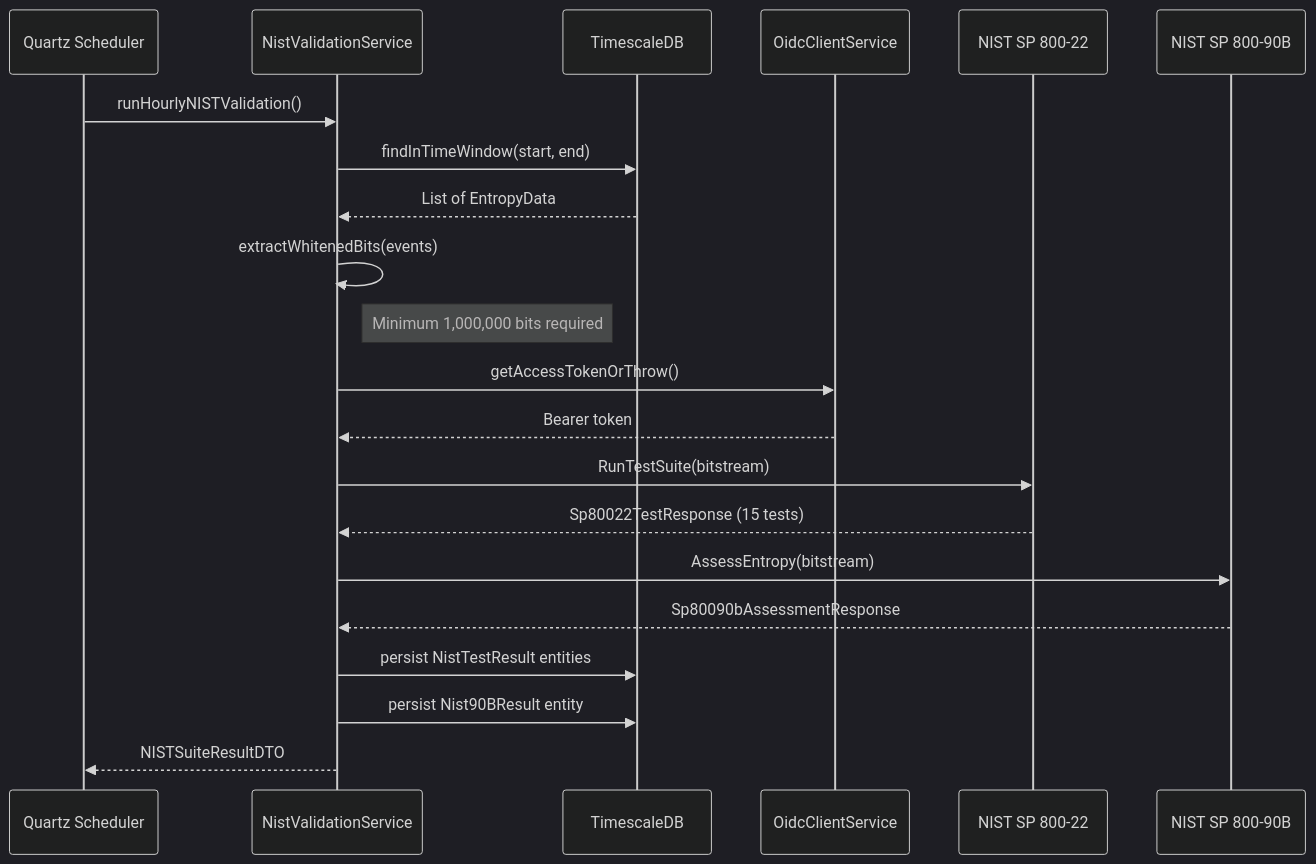
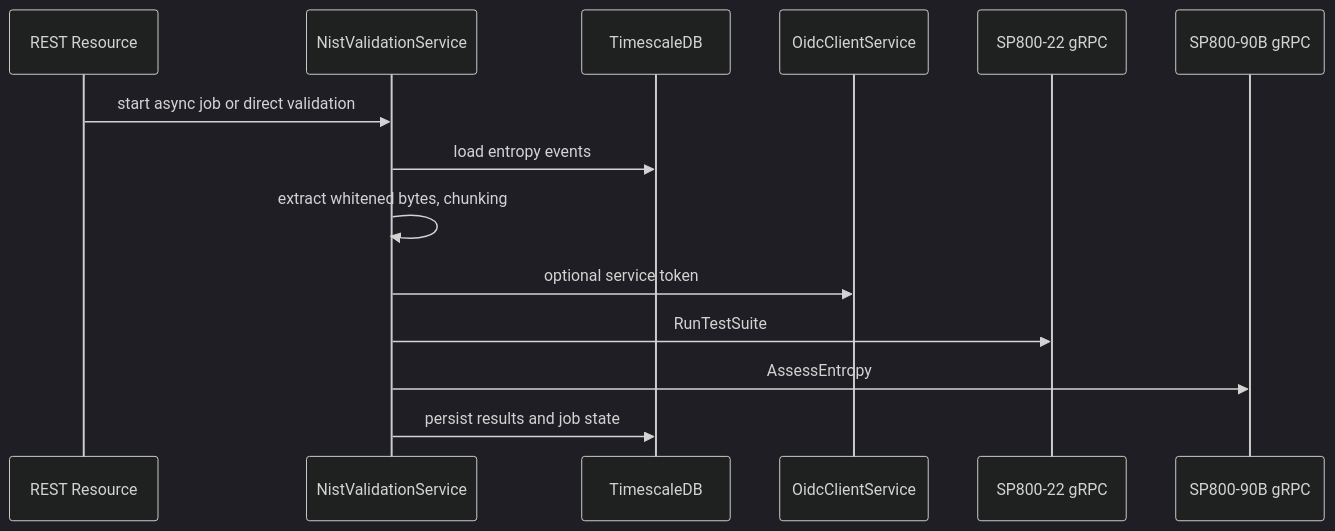
One commit to AmmannChristian/entropy-processor changed the third of 3 diagrams in docs/architecture.md. Above: the diagram before and after it, drawn with Mermaid (dark theme). The commit also changed other lines of this file and 47 other files, not shown here.

First line of the commit message:
Add unit tests for `ComparisonResource` and `EntropyComparisonService`

````diff
--- a/docs/architecture.md
+++ b/docs/architecture.md
@@ -302,30 +89,17 @@
 ```mermaid
 sequenceDiagram
-    participant CRON as Quartz Scheduler
+    participant API as REST Resource
     participant NVS as NistValidationService
     participant DB as TimescaleDB
-    participant OCS as OidcClientService
-    participant N22 as NIST SP 800-22
-    participant N90 as NIST SP 800-90B
+    participant OIDC as OidcClientService
+    participant S22 as SP800-22 gRPC
+    participant S90 as SP800-90B gRPC
 
-    CRON->>NVS: runHourlyNISTValidation()
-    NVS->>DB: findInTimeWindow(start, end)
-    DB-->>NVS: List of EntropyData
-
-    NVS->>NVS: extractWhitenedBits(events)
-    Note right of NVS: Minimum 1,000,000 bits required
-
-    NVS->>OCS: getAccessTokenOrThrow()
-    OCS-->>NVS: Bearer token
-
-    NVS->>N22: RunTestSuite(bitstream)
-    N22-->>NVS: Sp80022TestResponse (15 tests)
-
-    NVS->>N90: AssessEntropy(bitstream)
-    N90-->>NVS: Sp80090bAssessmentResponse
-
-    NVS->>DB: persist NistTestResult entities
-    NVS->>DB: persist Nist90BResult entity
-
-    NVS-->>CRON: NISTSuiteResultDTO
+    API->>NVS: start async job or direct validation
+    NVS->>DB: load entropy events
+    NVS->>NVS: extract whitened bytes, chunking
+    NVS->>OIDC: optional service token
+    NVS->>S22: RunTestSuite
+    NVS->>S90: AssessEntropy
+    NVS->>DB: persist results and job state
 ```
````
